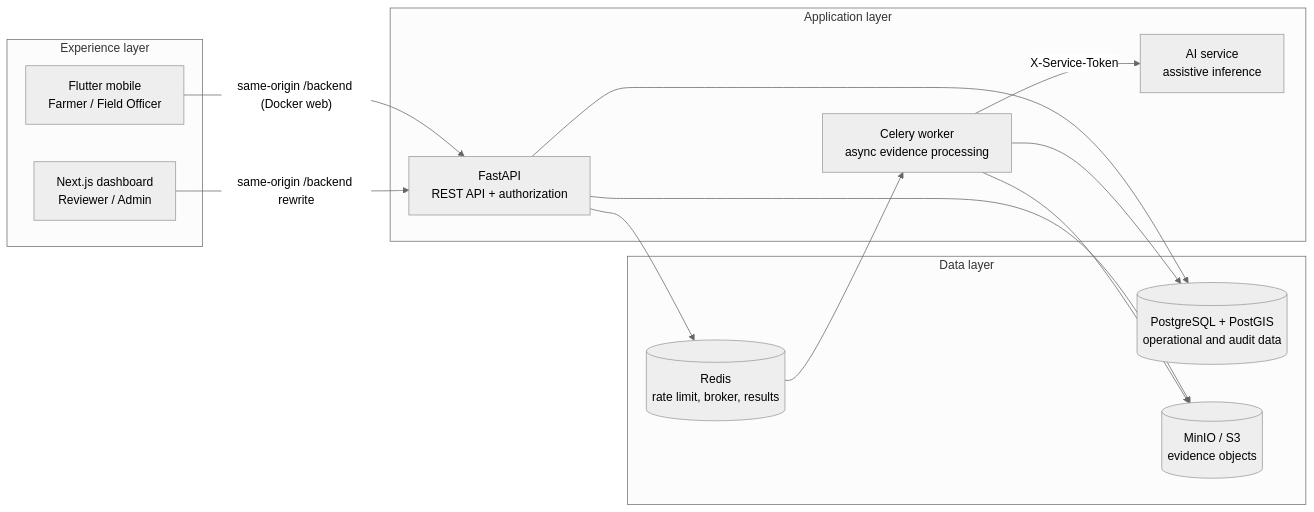
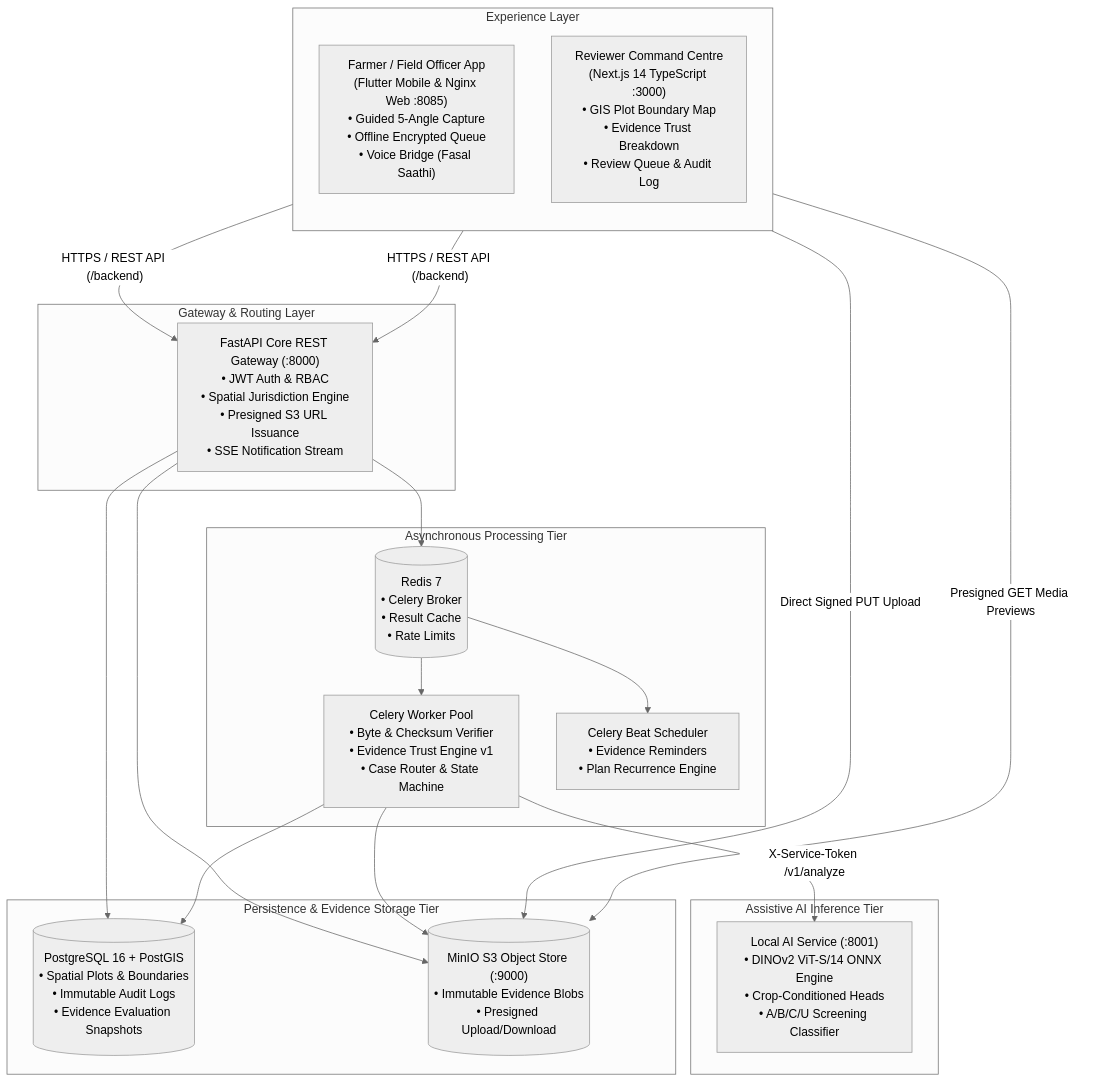
The first of 3 diagrams in docs/architecture.md (dhrrishitvdeka/Fasal-Pramaan), drawn with Mermaid (neutral theme) before and after one commit. The commit also changed other lines of this file and 58 other files, not shown here.

First line of the commit message:
feat(evidence-trust): implement 4-D Evidence Confidence Engine and Adaptive Verification

````diff
--- a/docs/architecture.md
+++ b/docs/architecture.md
@@ -9,27 +9,42 @@
 ```mermaid
-flowchart LR
-  subgraph Experience["Experience layer"]
-    Mobile["Flutter mobile\nFarmer / Field Officer"]
-    Dashboard["Next.js dashboard\nReviewer / Admin"]
-  end
-  subgraph Application["Application layer"]
-    API["FastAPI\nREST API + authorization"]
-    Worker["Celery worker\nasync evidence processing"]
-    AI["AI service\nassistive inference"]
-  end
-  subgraph Data["Data layer"]
-    Postgres[("PostgreSQL + PostGIS\noperational and audit data")]
-    Redis[("Redis\nrate limit, broker, results")]
-    ObjectStore[("MinIO / S3\nevidence objects")]
+flowchart TB
+  subgraph ExperienceLayer["Experience Layer"]
+    direction TB
+    Mobile["Farmer / Field Officer App\n(Flutter Mobile & Nginx Web :8085)\n• Guided 5-Angle Capture\n• Offline Encrypted Queue\n• Voice Bridge (Fasal Saathi)"]
+    Dashboard["Reviewer Command Centre\n(Next.js 14 TypeScript :3000)\n• GIS Plot Boundary Map\n• Evidence Trust Breakdown\n• Review Queue & Audit Log"]
   end
 
-  Mobile -->|"same-origin /backend (Docker web)"| API
-  Dashboard -->|"same-origin /backend rewrite"| API
+  subgraph GatewayLayer["Gateway & Routing Layer"]
+    API["FastAPI Core REST Gateway (:8000)\n• JWT Auth & RBAC\n• Spatial Jurisdiction Engine\n• Presigned S3 URL Issuance\n• SSE Notification Stream"]
+  end
+
+  subgraph AsyncProcessing["Asynchronous Processing Tier"]
+    Redis[("Redis 7\n• Celery Broker\n• Result Cache\n• Rate Limits")]
+    Worker["Celery Worker Pool\n• Byte & Checksum Verifier\n• Evidence Trust Engine v1\n• Case Router & State Machine"]
+    Beat["Celery Beat Scheduler\n• Evidence Reminders\n• Plan Recurrence Engine"]
+  end
+
+  subgraph AIServiceTier["Assistive AI Inference Tier"]
+    AI["Local AI Service (:8001)\n• DINOv2 ViT-S/14 ONNX Engine\n• Crop-Conditioned Heads\n• A/B/C/U Screening Classifier"]
+  end
+
+  subgraph StorageTier["Persistence & Evidence Storage Tier"]
+    Postgres[("PostgreSQL 16 + PostGIS\n• Spatial Plots & Boundaries\n• Immutable Audit Logs\n• Evidence Evaluation Snapshots")]
+    MinIO[("MinIO S3 Object Store (:9000)\n• Immutable Evidence Blobs\n• Presigned Upload/Download")]
+  end
+
+  Mobile -->|"HTTPS / REST API (/backend)"| API
+  Dashboard -->|"HTTPS / REST API (/backend)"| API
+  Mobile -->|"Direct Signed PUT Upload"| MinIO
+  Dashboard -->|"Presigned GET Media Previews"| MinIO
+
   API --> Postgres
-  API --> ObjectStore
+  API --> MinIO
   API --> Redis
+
   Redis --> Worker
+  Redis --> Beat
   Worker --> Postgres
-  Worker --> ObjectStore
-  Worker -->|"X-Service-Token"| AI
+  Worker --> MinIO
+  Worker -->|"X-Service-Token /v1/analyze"| AI
 ```
````
